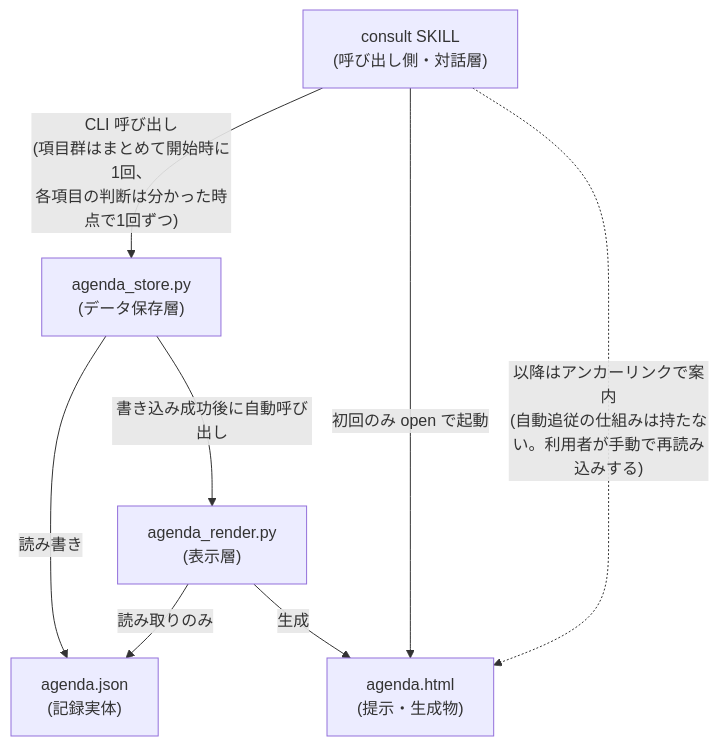
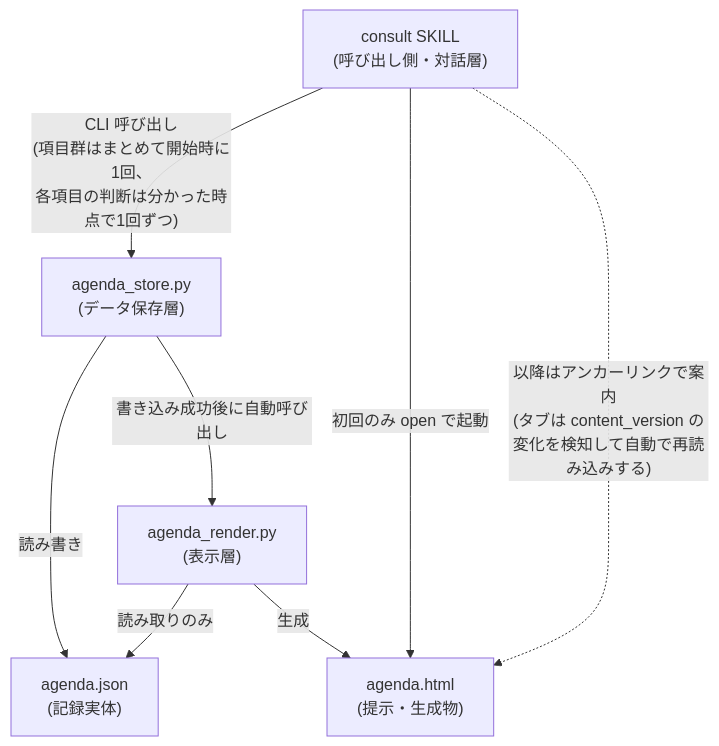
Before and after one commit to BlueEventHorizon/bw-cc-plugins: the first of 3 diagrams in docs/specs/consult/agenda/design/DES-075_agenda_mechanism_design.md, drawn with Mermaid. The commit also changed other lines of this file and 9 other files, not shown here.

````diff
--- a/docs/specs/consult/agenda/design/DES-075_agenda_mechanism_design.md
+++ b/docs/specs/consult/agenda/design/DES-075_agenda_mechanism_design.md
@@ -13,16 +13,16 @@
 ```mermaid
 flowchart TB
     Consult["consult SKILL<br/>(呼び出し側・対話層)"]
     Store["agenda_store.py<br/>(データ保存層)"]
     Render["agenda_render.py<br/>(表示層)"]
     JSON["agenda.json<br/>(記録実体)"]
     HTML["agenda.html<br/>(提示・生成物)"]
 
     Consult -->|"CLI 呼び出し<br/>(項目群はまとめて開始時に1回、<br/>各項目の判断は分かった時点で1回ずつ)"| Store
     Store -->|"読み書き"| JSON
     Store -->|"書き込み成功後に自動呼び出し"| Render
     Render -->|"読み取りのみ"| JSON
     Render -->|"生成"| HTML
     Consult -->|"初回のみ open で起動"| HTML
-    Consult -.->|"以降はアンカーリンクで案内<br/>(自動追従の仕組みは持たない。利用者が手動で再読み込みする)"| HTML
+    Consult -.->|"以降はアンカーリンクで案内<br/>(タブは content_version の変化を検知して自動で再読み込みする)"| HTML
 ```
````
